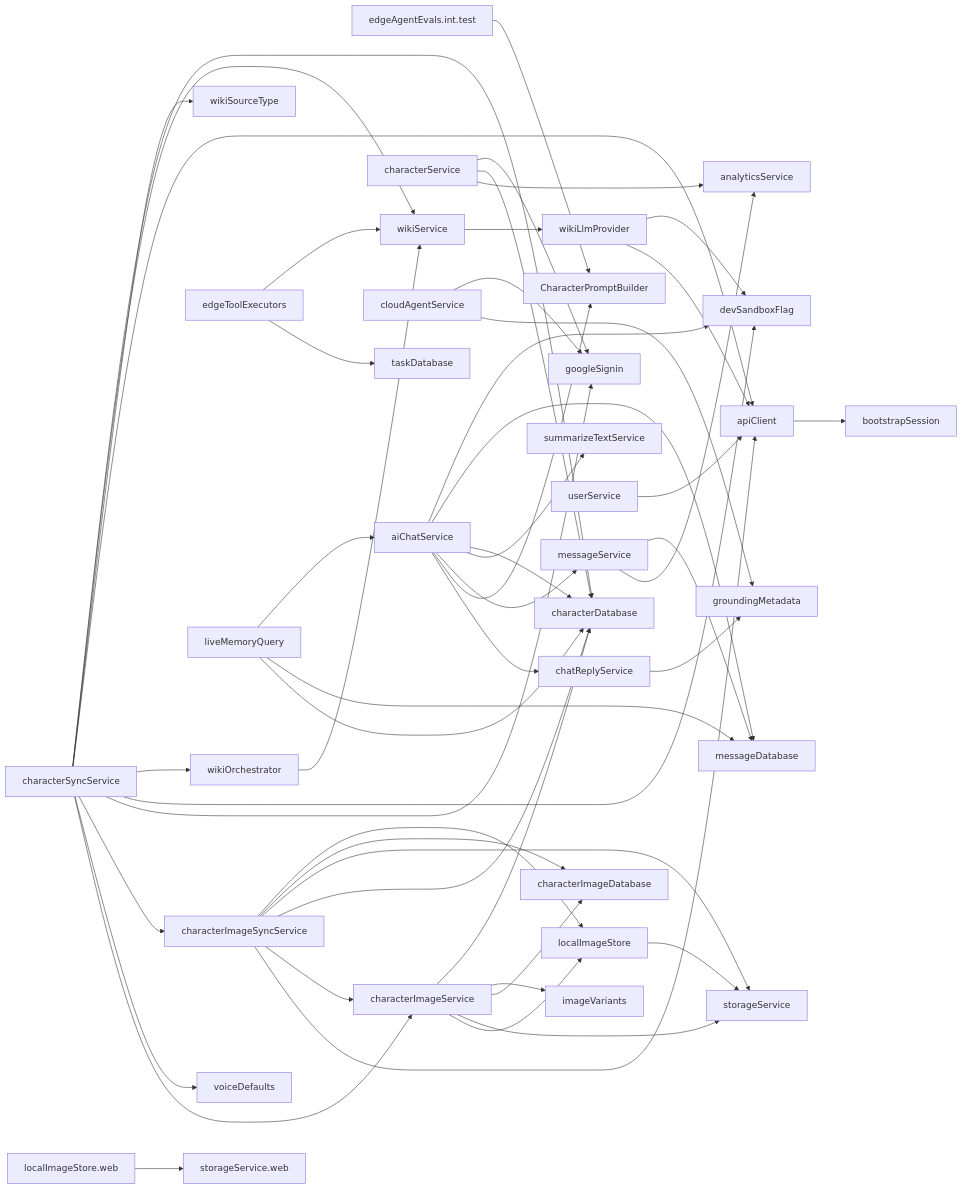
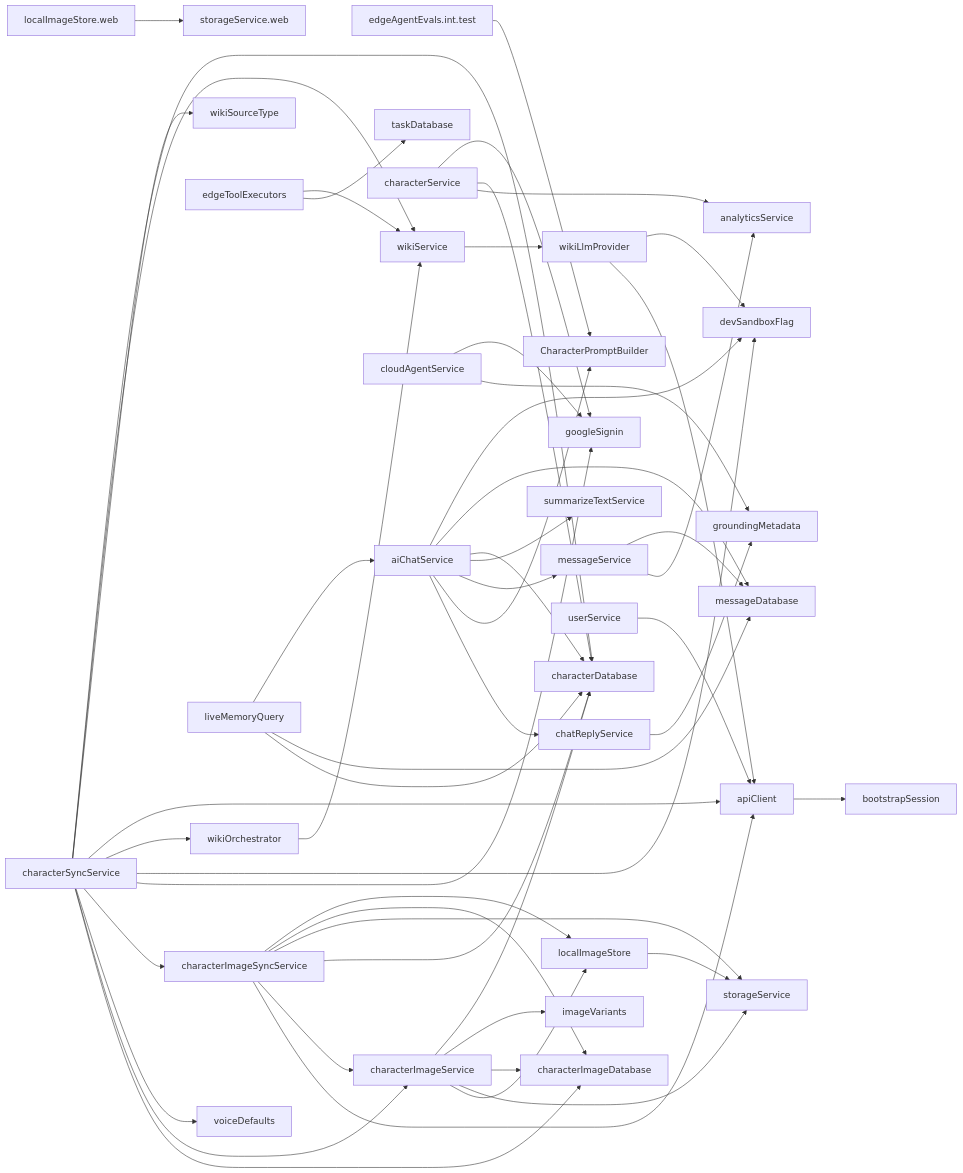
Before and after one commit to equationalapplications/clanker: the diagram in docs/flowcharts/SERVICES.md, drawn with Mermaid. The commit also changed 1 other file, not shown here.

Commit message:
docs: update auto-generated flowcharts

````diff
--- a/docs/flowcharts/SERVICES.md
+++ b/docs/flowcharts/SERVICES.md
@@ -4,53 +4,54 @@
 ```mermaid
 graph LR
   edgeAgentEvals.int.test --> CharacterPromptBuilder
   aiChatService --> devSandboxFlag
   aiChatService --> messageDatabase
   aiChatService --> characterDatabase
   aiChatService --> summarizeTextService
   aiChatService --> messageService
   aiChatService --> CharacterPromptBuilder
   aiChatService --> chatReplyService
   apiClient --> bootstrapSession
   characterImageService --> characterDatabase
   characterImageService --> imageVariants
   characterImageService --> characterImageDatabase
   characterImageService --> storageService
   characterImageService --> localImageStore
   characterImageSyncService --> localImageStore
   characterImageSyncService --> characterImageDatabase
   characterImageSyncService --> storageService
   characterImageSyncService --> characterDatabase
   characterImageSyncService --> characterImageService
   characterImageSyncService --> apiClient
   characterService --> googleSignin
   characterService --> characterDatabase
   characterService --> analyticsService
   characterSyncService --> characterDatabase
   characterSyncService --> wikiService
   characterSyncService --> wikiSourceType
   characterSyncService --> apiClient
   characterSyncService --> wikiOrchestrator
   characterSyncService --> devSandboxFlag
   characterSyncService --> googleSignin
   characterSyncService --> characterImageSyncService
   characterSyncService --> voiceDefaults
   characterSyncService --> characterImageService
+  characterSyncService --> characterImageDatabase
   chatReplyService --> groundingMetadata
   cloudAgentService --> googleSignin
   cloudAgentService --> groundingMetadata
   edgeToolExecutors --> wikiService
   edgeToolExecutors --> taskDatabase
   liveMemoryQuery --> aiChatService
   liveMemoryQuery --> messageDatabase
   liveMemoryQuery --> characterDatabase
   localImageStore --> storageService
   localImageStore.web --> storageService.web
   messageService --> messageDatabase
   messageService --> analyticsService
   userService --> apiClient
   wikiLlmProvider --> devSandboxFlag
   wikiLlmProvider --> apiClient
   wikiOrchestrator --> wikiService
   wikiService --> wikiLlmProvider
 ```
````
